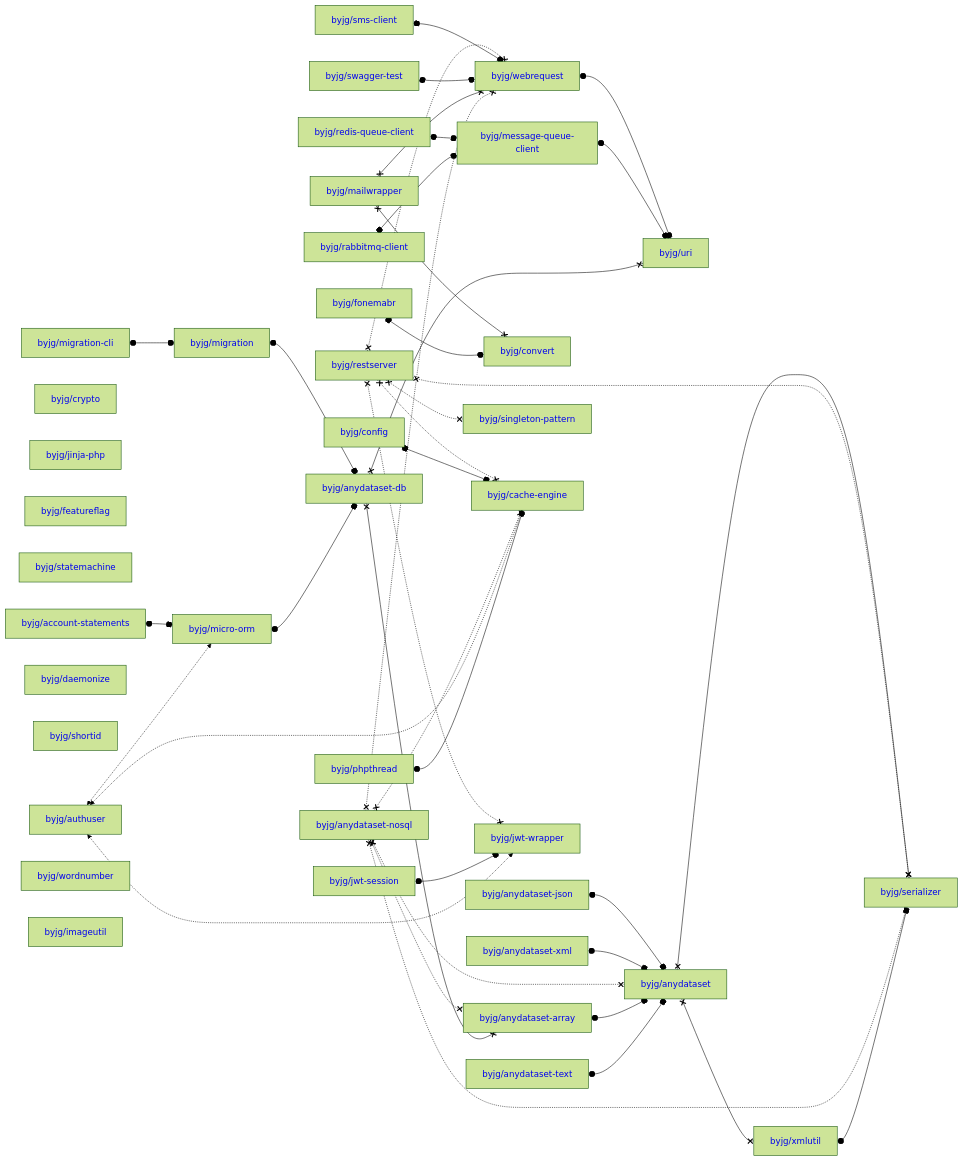
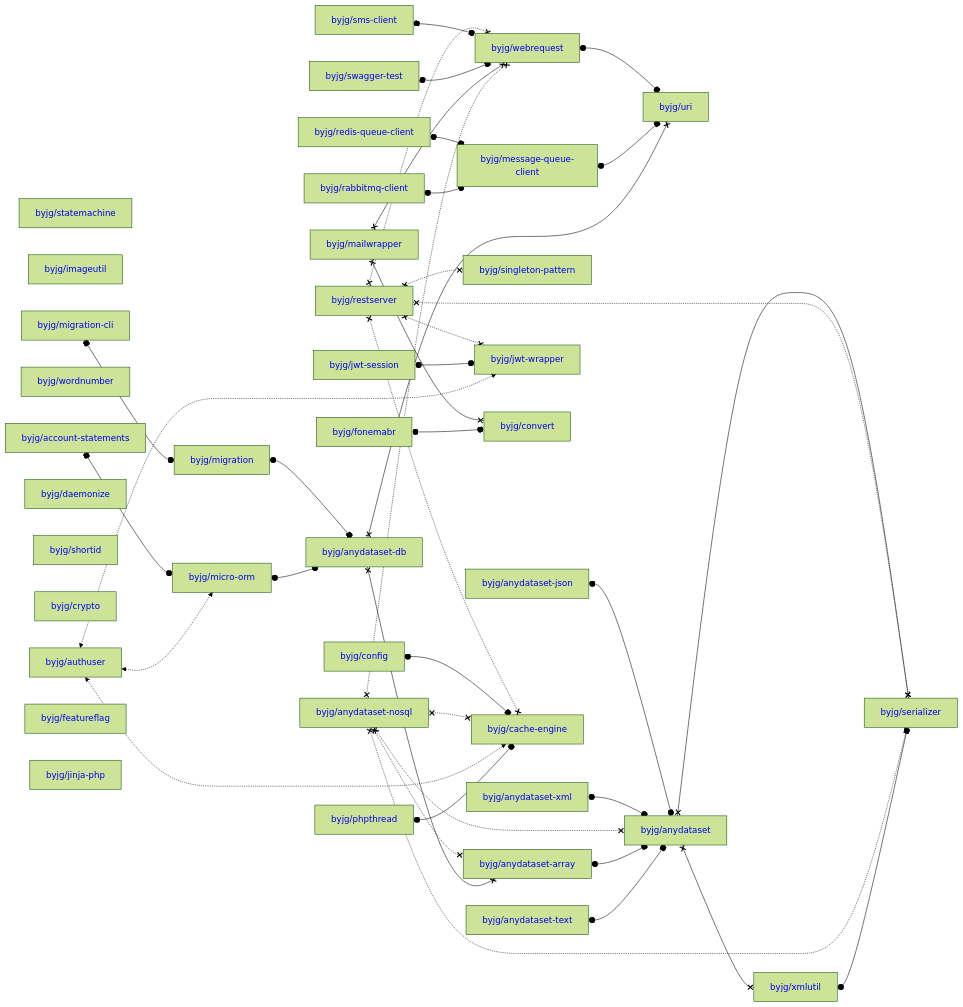
The diagram in docs/php/README.md (byjg/byjg.github.io), drawn with Mermaid (forest theme) before and after one commit. The commit also changed other lines of this file, not shown here.

Commit message:
Update documentation 'php' 'php-message-queue-client'

````diff
--- a/docs/php/README.md
+++ b/docs/php/README.md
@@ -3,80 +3,80 @@
 ```mermaid
 graph LR;
+  byjg/restserver[<a href='https://opensource.byjg.com/docs/php/restserver' style='text-decoration:none'>byjg/restserver</a>];
+  byjg/redis-queue-client[<a href='https://opensource.byjg.com/docs/php/redis-queue-client' style='text-decoration:none'>byjg/redis-queue-client</a>];
+  byjg/fonemabr[<a href='https://opensource.byjg.com/docs/php/fonemabr' style='text-decoration:none'>byjg/fonemabr</a>];
+  byjg/statemachine[<a href='https://opensource.byjg.com/docs/php/statemachine' style='text-decoration:none'>byjg/statemachine</a>];
+  byjg/imageutil[<a href='https://opensource.byjg.com/docs/php/imageutil' style='text-decoration:none'>byjg/imageutil</a>];
+  byjg/sms-client[<a href='https://opensource.byjg.com/docs/php/sms-client' style='text-decoration:none'>byjg/sms-client</a>];
+  byjg/jwt-session[<a href='https://opensource.byjg.com/docs/php/jwt-session' style='text-decoration:none'>byjg/jwt-session</a>];
+  byjg/anydataset-text[<a href='https://opensource.byjg.com/docs/php/anydataset-text' style='text-decoration:none'>byjg/anydataset-text</a>];
+  byjg/account-statements[<a href='https://opensource.byjg.com/docs/php/account-statements' style='text-decoration:none'>byjg/account-statements</a>];
+  byjg/wordnumber[<a href='https://opensource.byjg.com/docs/php/wordnumber' style='text-decoration:none'>byjg/wordnumber</a>];
+  byjg/migration-cli[<a href='https://opensource.byjg.com/docs/php/migration-cli' style='text-decoration:none'>byjg/migration-cli</a>];
+  byjg/anydataset-json[<a href='https://opensource.byjg.com/docs/php/anydataset-json' style='text-decoration:none'>byjg/anydataset-json</a>];
+  byjg/daemonize[<a href='https://opensource.byjg.com/docs/php/daemonize' style='text-decoration:none'>byjg/daemonize</a>];
+  byjg/shortid[<a href='https://opensource.byjg.com/docs/php/shortid' style='text-decoration:none'>byjg/shortid</a>];
+  byjg/crypto[<a href='https://opensource.byjg.com/docs/php/crypto' style='text-decoration:none'>byjg/crypto</a>];
+  byjg/rabbitmq-client[<a href='https://opensource.byjg.com/docs/php/rabbitmq-client' style='text-decoration:none'>byjg/rabbitmq-client</a>];
+  byjg/config[<a href='https://opensource.byjg.com/docs/php/config' style='text-decoration:none'>byjg/config</a>];
+  byjg/authuser[<a href='https://opensource.byjg.com/docs/php/authuser' style='text-decoration:none'>byjg/authuser</a>];
+  byjg/mailwrapper[<a href='https://opensource.byjg.com/docs/php/mailwrapper' style='text-decoration:none'>byjg/mailwrapper</a>];
+  byjg/phpthread[<a href='https://opensource.byjg.com/docs/php/phpthread' style='text-decoration:none'>byjg/phpthread</a>];
+  byjg/featureflag[<a href='https://opensource.byjg.com/docs/php/featureflag' style='text-decoration:none'>byjg/featureflag</a>];
   byjg/anydataset-xml[<a href='https://opensource.byjg.com/docs/php/anydataset-xml' style='text-decoration:none'>byjg/anydataset-xml</a>];
-  byjg/authuser[<a href='https://opensource.byjg.com/docs/php/authuser' style='text-decoration:none'>byjg/authuser</a>];
-  byjg/config[<a href='https://opensource.byjg.com/docs/php/config' style='text-decoration:none'>byjg/config</a>];
-  byjg/crypto[<a href='https://opensource.byjg.com/docs/php/crypto' style='text-decoration:none'>byjg/crypto</a>];
-  byjg/jwt-session[<a href='https://opensource.byjg.com/docs/php/jwt-session' style='text-decoration:none'>byjg/jwt-session</a>];
-  byjg/fonemabr[<a href='https://opensource.byjg.com/docs/php/fonemabr' style='text-decoration:none'>byjg/fonemabr</a>];
+  byjg/swagger-test[<a href='https://opensource.byjg.com/docs/php/swagger-test' style='text-decoration:none'>byjg/swagger-test</a>];
   byjg/anydataset-nosql[<a href='https://opensource.byjg.com/docs/php/anydataset-nosql' style='text-decoration:none'>byjg/anydataset-nosql</a>];
   byjg/jinja-php[<a href='https://opensource.byjg.com/docs/php/jinja-php' style='text-decoration:none'>byjg/jinja-php</a>];
-  byjg/mailwrapper[<a href='https://opensource.byjg.com/docs/php/mailwrapper' style='text-decoration:none'>byjg/mailwrapper</a>];
-  byjg/sms-client[<a href='https://opensource.byjg.com/docs/php/sms-client' style='text-decoration:none'>byjg/sms-client</a>];
-  byjg/featureflag[<a href='https://opensource.byjg.com/docs/php/featureflag' style='text-decoration:none'>byjg/featureflag</a>];
-  byjg/statemachine[<a href='https://opensource.byjg.com/docs/php/statemachine' style='text-decoration:none'>byjg/statemachine</a>];
-  byjg/anydataset-json[<a href='https://opensource.byjg.com/docs/php/anydataset-json' style='text-decoration:none'>byjg/anydataset-json</a>];
-  byjg/migration-cli[<a href='https://opensource.byjg.com/docs/php/migration-cli' style='text-decoration:none'>byjg/migration-cli</a>];
-  byjg/daemonize[<a href='https://opensource.byjg.com/docs/php/daemonize' style='text-decoration:none'>byjg/daemonize</a>];
-  byjg/shortid[<a href='https://opensource.byjg.com/docs/php/shortid' style='text-decoration:none'>byjg/shortid</a>];
-  byjg/redis-queue-client[<a href='https://opensource.byjg.com/docs/php/redis-queue-client' style='text-decoration:none'>byjg/redis-queue-client</a>];
-  byjg/account-statements[<a href='https://opensource.byjg.com/docs/php/account-statements' style='text-decoration:none'>byjg/account-statements</a>];
-  byjg/phpthread[<a href='https://opensource.byjg.com/docs/php/phpthread' style='text-decoration:none'>byjg/phpthread</a>];
-  byjg/rabbitmq-client[<a href='https://opensource.byjg.com/docs/php/rabbitmq-client' style='text-decoration:none'>byjg/rabbitmq-client</a>];
-  byjg/restserver[<a href='https://opensource.byjg.com/docs/php/restserver' style='text-decoration:none'>byjg/restserver</a>];
-  byjg/swagger-test[<a href='https://opensource.byjg.com/docs/php/swagger-test' style='text-decoration:none'>byjg/swagger-test</a>];
-  byjg/wordnumber[<a href='https://opensource.byjg.com/docs/php/wordnumber' style='text-decoration:none'>byjg/wordnumber</a>];
-  byjg/anydataset-text[<a href='https://opensource.byjg.com/docs/php/anydataset-text' style='text-decoration:none'>byjg/anydataset-text</a>];
-  byjg/imageutil[<a href='https://opensource.byjg.com/docs/php/imageutil' style='text-decoration:none'>byjg/imageutil</a>];
+  byjg/singleton-pattern[<a href='https://opensource.byjg.com/docs/php/singleton-pattern' style='text-decoration:none'>byjg/singleton-pattern</a>];
+  byjg/migration[<a href='https://opensource.byjg.com/docs/php/migration' style='text-decoration:none'>byjg/migration</a>];
+  byjg/message-queue-client[<a href='https://opensource.byjg.com/docs/php/message-queue-client' style='text-decoration:none'>byjg/message-queue-client</a>];
+  byjg/micro-orm[<a href='https://opensource.byjg.com/docs/php/micro-orm' style='text-decoration:none'>byjg/micro-orm</a>];
+  byjg/jwt-wrapper[<a href='https://opensource.byjg.com/docs/php/jwt-wrapper' style='text-decoration:none'>byjg/jwt-wrapper</a>];
   byjg/convert[<a href='https://opensource.byjg.com/docs/php/convert' style='text-decoration:none'>byjg/convert</a>];
-  byjg/migration[<a href='https://opensource.byjg.com/docs/php/migration' style='text-decoration:none'>byjg/migration</a>];
-  byjg/micro-orm[<a href='https://opensource.byjg.com/docs/php/micro-orm' style='text-decoration:none'>byjg/micro-orm</a>];
-  byjg/message-queue-client[<a href='https://opensource.byjg.com/docs/php/message-queue-client' style='text-decoration:none'>byjg/message-queue-client</a>];
-  byjg/singleton-pattern[<a href='https://opensource.byjg.com/docs/php/singleton-pattern' style='text-decoration:none'>byjg/singleton-pattern</a>];
+  byjg/webrequest[<a href='https://opensource.byjg.com/docs/php/webrequest' style='text-decoration:none'>byjg/webrequest</a>];
   byjg/cache-engine[<a href='https://opensource.byjg.com/docs/php/cache-engine' style='text-decoration:none'>byjg/cache-engine</a>];
-  byjg/jwt-wrapper[<a href='https://opensource.byjg.com/docs/php/jwt-wrapper' style='text-decoration:none'>byjg/jwt-wrapper</a>];
-  byjg/webrequest[<a href='https://opensource.byjg.com/docs/php/webrequest' style='text-decoration:none'>byjg/webrequest</a>];
   byjg/anydataset-db[<a href='https://opensource.byjg.com/docs/php/anydataset-db' style='text-decoration:none'>byjg/anydataset-db</a>];
   byjg/anydataset-array[<a href='https://opensource.byjg.com/docs/php/anydataset-array' style='text-decoration:none'>byjg/anydataset-array</a>];
   byjg/uri[<a href='https://opensource.byjg.com/docs/php/uri' style='text-decoration:none'>byjg/uri</a>];
   byjg/anydataset[<a href='https://opensource.byjg.com/docs/php/anydataset' style='text-decoration:none'>byjg/anydataset</a>];
   byjg/xmlutil[<a href='https://opensource.byjg.com/docs/php/xmlutil' style='text-decoration:none'>byjg/xmlutil</a>];
   byjg/serializer[<a href='https://opensource.byjg.com/docs/php/serializer' style='text-decoration:none'>byjg/serializer</a>];
   byjg/anydataset-json o--o byjg/anydataset;
   byjg/anydataset x--x byjg/serializer;
   byjg/anydataset x--x byjg/xmlutil;
   byjg/migration-cli o--o byjg/migration;
   byjg/restserver x-.-x byjg/serializer;
   byjg/restserver x-.-x byjg/singleton-pattern;
   byjg/restserver x-.-x byjg/cache-engine;
   byjg/restserver x-.-x byjg/webrequest;
   byjg/restserver x-.-x byjg/jwt-wrapper;
   byjg/sms-client o--o byjg/webrequest;
   byjg/swagger-test o--o byjg/webrequest;
   byjg/config o--o byjg/cache-engine;
   byjg/webrequest o--o byjg/uri;
   byjg/message-queue-client o--o byjg/uri;
   byjg/jwt-session o--o byjg/jwt-wrapper;
   byjg/anydataset-xml o--o byjg/anydataset;
   byjg/account-statements o--o byjg/micro-orm;
   byjg/mailwrapper x--x byjg/convert;
   byjg/mailwrapper x--x byjg/webrequest;
   byjg/anydataset-nosql x-.-x byjg/anydataset;
   byjg/anydataset-nosql x-.-x byjg/anydataset-array;
   byjg/anydataset-nosql x-.-x byjg/serializer;
   byjg/anydataset-nosql x-.-x byjg/webrequest;
   byjg/anydataset-nosql x-.-x byjg/cache-engine;
   byjg/migration o--o byjg/anydataset-db;
   byjg/anydataset-db x--x byjg/anydataset-array;
   byjg/anydataset-db x--x byjg/uri;
   byjg/fonemabr o--o byjg/convert;
   byjg/redis-queue-client o--o byjg/message-queue-client;
   byjg/anydataset-array o--o byjg/anydataset;
   byjg/anydataset-text o--o byjg/anydataset;
   byjg/authuser <-.-> byjg/micro-orm;
   byjg/authuser <-.-> byjg/cache-engine;
   byjg/authuser <-.-> byjg/jwt-wrapper;
   byjg/phpthread o--o byjg/cache-engine;
   byjg/xmlutil o--o byjg/serializer;
   byjg/micro-orm o--o byjg/anydataset-db;
   byjg/rabbitmq-client o--o byjg/message-queue-client;
 ```
````
